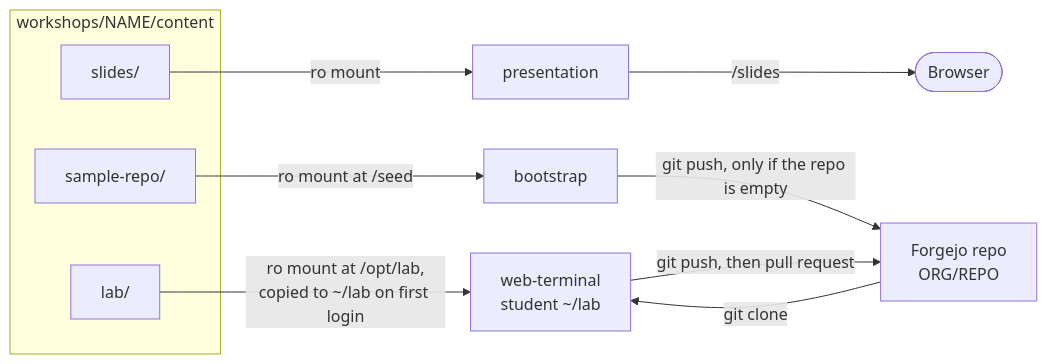
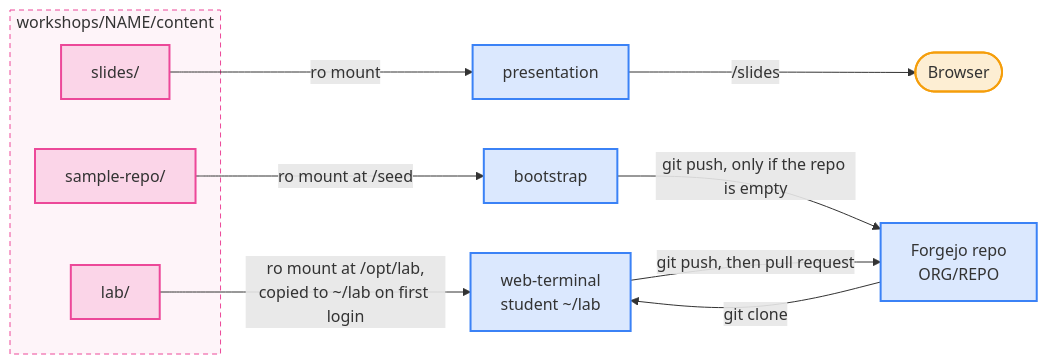
One commit to fiddler110/GitOps_Dojo changed the third of 11 diagrams in README.md. Above: the diagram before and after it, drawn with Mermaid. The commit also changed other lines of this file, not shown here.

First line of the commit message:
Colour the README diagrams by role

````diff
--- a/README.md
+++ b/README.md
@@ -218,16 +238,24 @@
 ```mermaid
 graph LR
     subgraph pack["workshops/NAME/content"]
         SL["slides/"]
         LB["lab/"]
         SR["sample-repo/"]
     end
 
     SL -->|"ro mount"| PR["presentation"]
     PR -->|"/slides"| Browser(["Browser"])
     LB -->|"ro mount at /opt/lab,<br/>copied to ~/lab on first login"| WT["web-terminal<br/>student ~/lab"]
     SR -->|"ro mount at /seed"| BS["bootstrap"]
     BS -->|"git push, only if the repo is empty"| GS["Forgejo repo<br/>ORG/REPO"]
     GS -->|"git clone"| WT
     WT -->|"git push, then pull request"| GS
+
+    classDef content fill:#ec48992e,stroke:#ec4899,stroke-width:2px
+    classDef core fill:#3b82f62e,stroke:#3b82f6,stroke-width:2px
+    classDef person fill:#f59e0b2e,stroke:#f59e0b,stroke-width:2px
+    class SL,LB,SR content
+    class PR,WT,BS,GS core
+    class Browser person
+    style pack fill:#ec48990f,stroke:#ec4899,stroke-width:1px,stroke-dasharray:5 4
 ```
````
